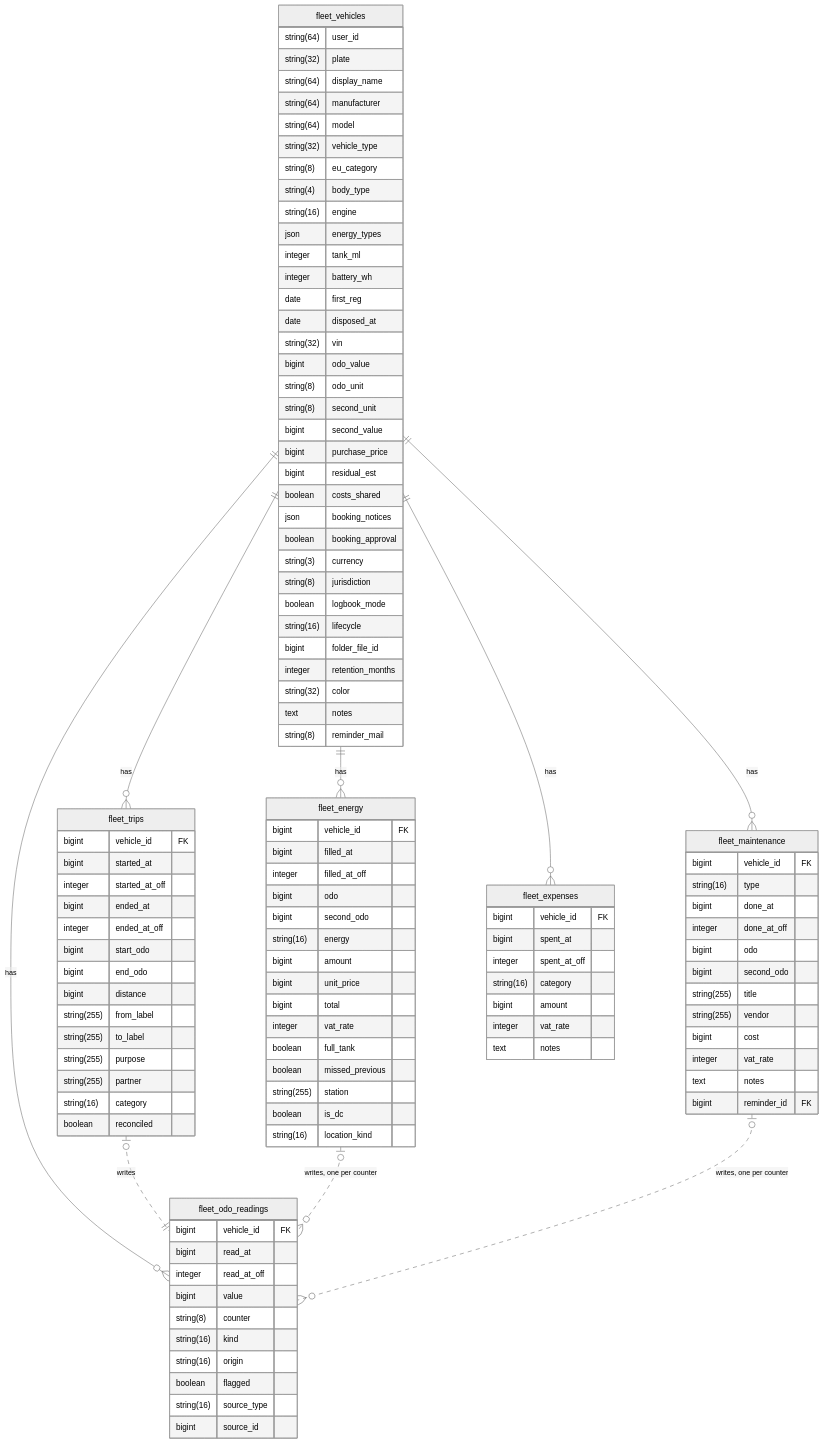
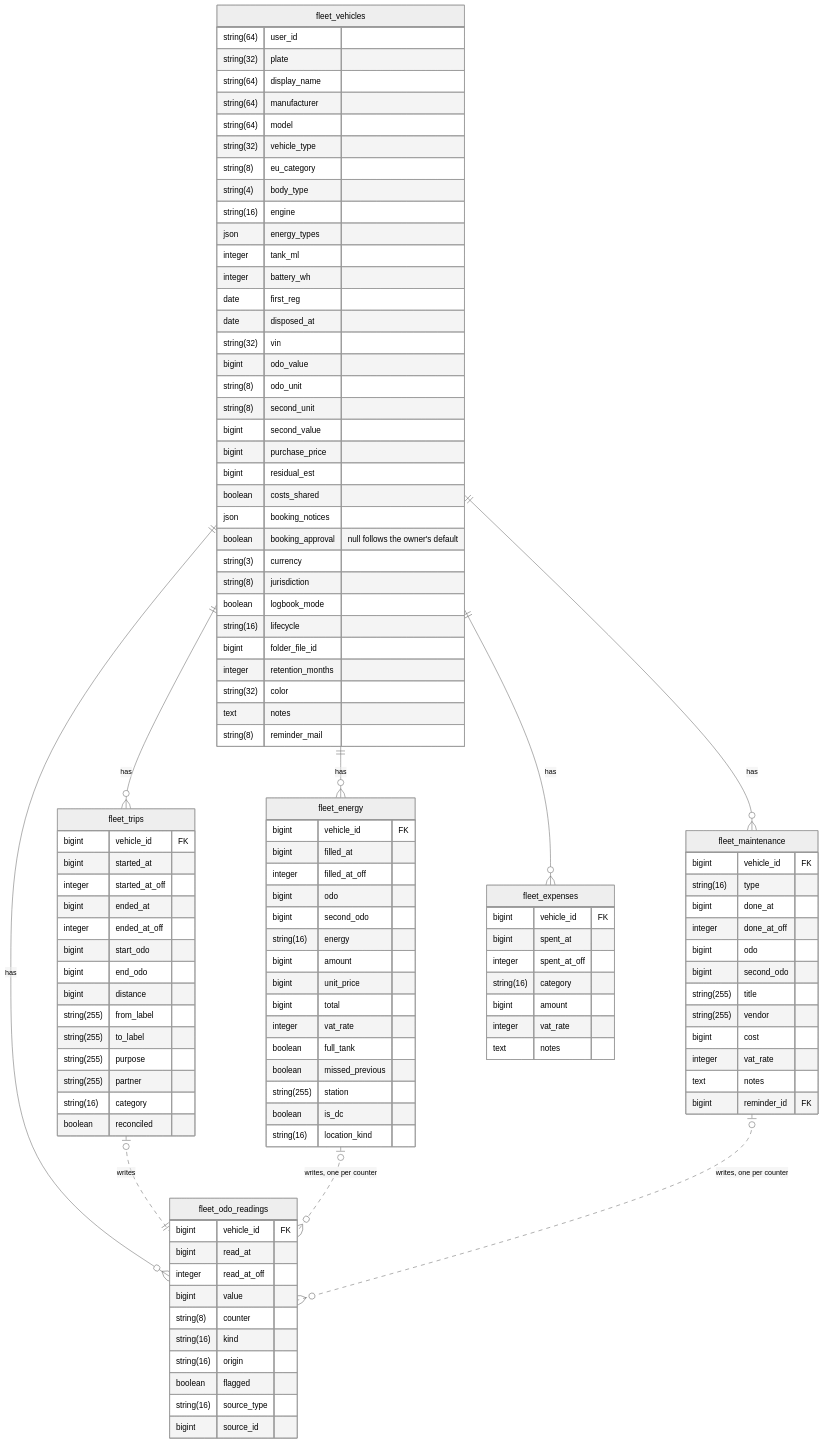
Before and after one commit to typical42/next-fleet: the first of 5 diagrams in docs/design/data-model.md, drawn with Mermaid (neutral theme). The commit also changed other lines of this file and 136 other files, not shown here.

```diff
--- a/docs/design/data-model.md
+++ b/docs/design/data-model.md
@@ -53,7 +53,7 @@
         bigint residual_est
         boolean costs_shared
         json booking_notices
-        boolean booking_approval
+        boolean booking_approval "null follows the owner's default"
         string(3) currency
         string(8) jurisdiction
         boolean logbook_mode
```
